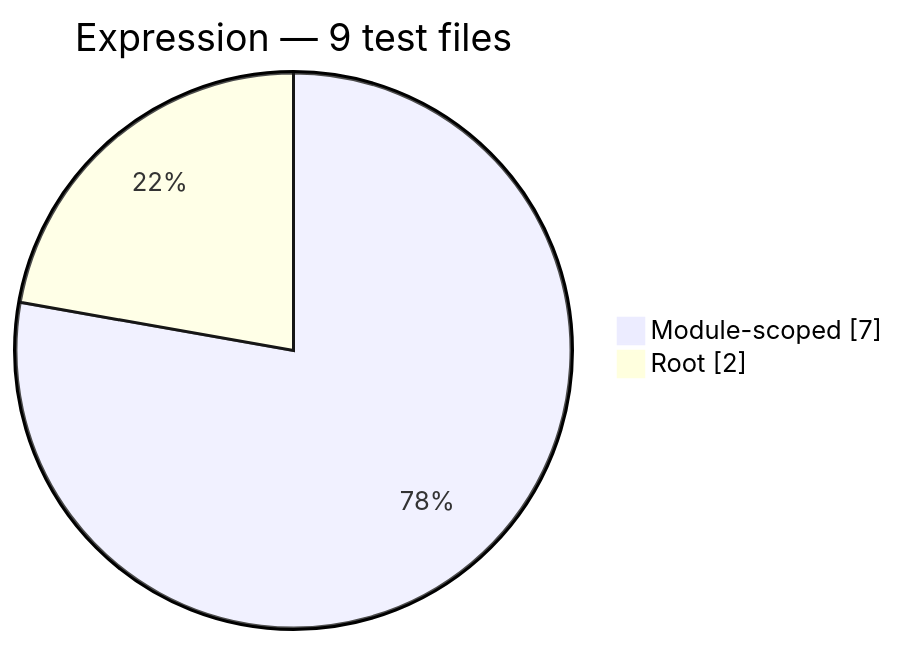
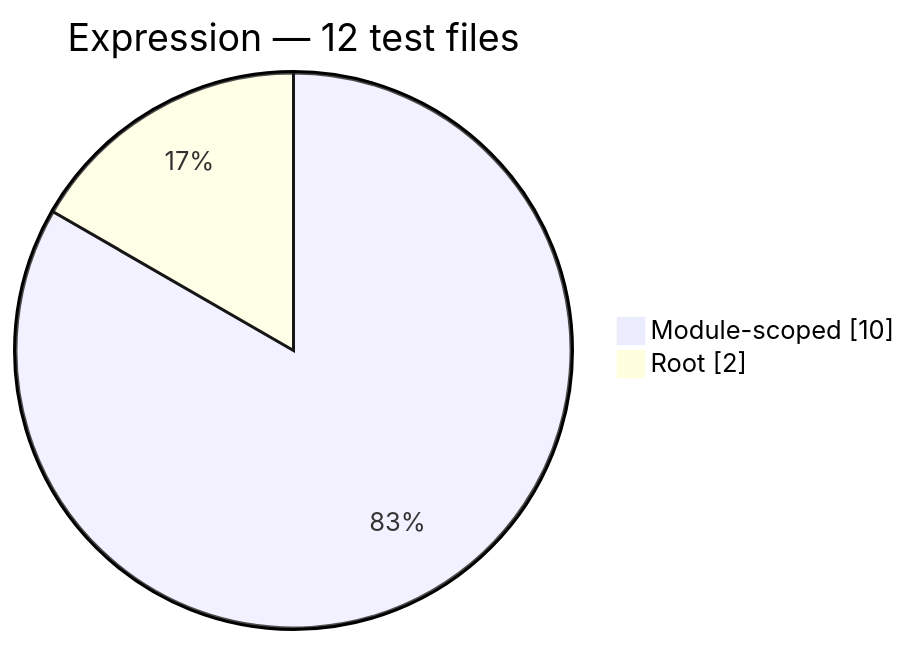
Before and after one commit to Mohammed-Alama/php-arazzo: the second of 12 diagrams in docs/generated/test-composition.md, drawn with Mermaid. The commit also changed other lines of this file and 20 other files, not shown here.

````diff
--- a/docs/generated/test-composition.md
+++ b/docs/generated/test-composition.md
@@ -28,6 +28,6 @@
 ```mermaid
 pie showData
-    title Expression — 9 test files
-    "Module-scoped": 7
+    title Expression — 12 test files
+    "Module-scoped": 10
     "Root": 2
 ```
````
